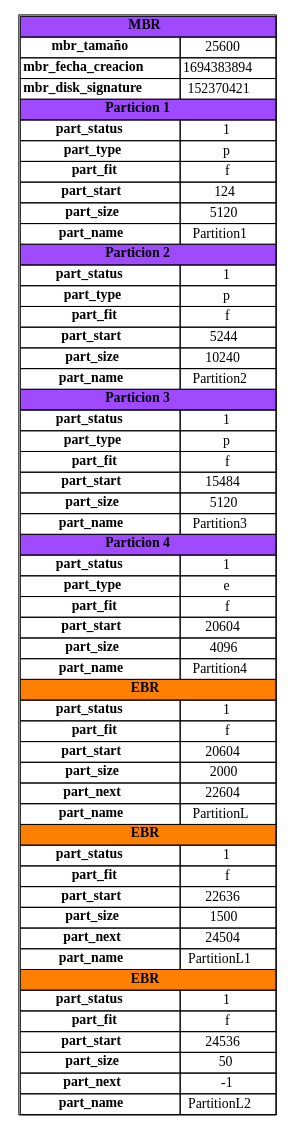
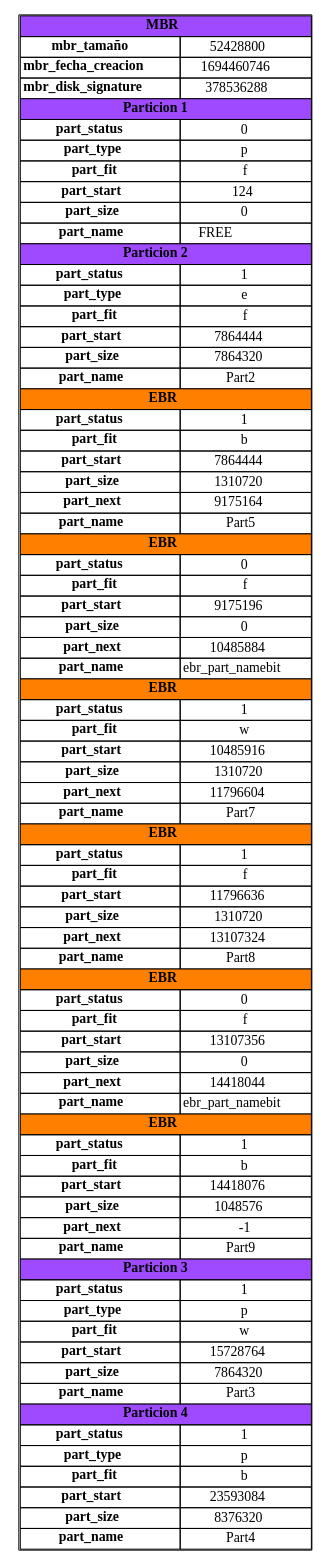
One commit to Noel1903/MIA_P12S2023_201900822 changed the diagram in reports/Disco1_mbr.dot. Above: the diagram before and after it, drawn with Graphviz. The commit also changed 35 other files, not shown here.

```diff
--- a/reports/Disco1_mbr.dot
+++ b/reports/Disco1_mbr.dot
@@ -1,60 +1,81 @@
 digraph G{
 node[shape=plaintext]
 graph[label=<
 <table border='1' cellborder='1' cellspacing='0'>
 <tr><td colspan='2' bgcolor='#9F4AFF'><b>MBR</b></td></tr>
-<tr><td><b>mbr_tamaño</b></td><td>25600</td></tr>
-<tr><td><b>mbr_fecha_creacion</b></td><td>1694383894</td></tr>
-<tr><td><b>mbr_disk_signature</b></td><td>152370421</td></tr>
+<tr><td><b>mbr_tamaño</b></td><td>52428800</td></tr>
+<tr><td><b>mbr_fecha_creacion</b></td><td>1694460746</td></tr>
+<tr><td><b>mbr_disk_signature</b></td><td>378536288</td></tr>
 <tr><td colspan='2' bgcolor='#9F4AFF'><b>Particion 1</b></td></tr>
-<tr><td><b>part_status</b></td><td>1</td></tr>
+<tr><td><b>part_status</b></td><td>0</td></tr>
 <tr><td><b>part_type</b></td><td>p</td></tr>
 <tr><td><b>part_fit</b></td><td>f</td></tr>
 <tr><td><b>part_start</b></td><td>124</td></tr>
-<tr><td><b>part_size</b></td><td>5120</td></tr>
-<tr><td><b>part_name</b></td><td>Partition1</td></tr>
+<tr><td><b>part_size</b></td><td>0</td></tr>
+<tr><td><b>part_name</b></td><td>FREE            </td></tr>
 <tr><td colspan='2' bgcolor='#9F4AFF'><b>Particion 2</b></td></tr>
 <tr><td><b>part_status</b></td><td>1</td></tr>
-<tr><td><b>part_type</b></td><td>p</td></tr>
+<tr><td><b>part_type</b></td><td>e</td></tr>
 <tr><td><b>part_fit</b></td><td>f</td></tr>
-<tr><td><b>part_start</b></td><td>5244</td></tr>
-<tr><td><b>part_size</b></td><td>10240</td></tr>
-<tr><td><b>part_name</b></td><td>Partition2</td></tr>
+<tr><td><b>part_start</b></td><td>7864444</td></tr>
+<tr><td><b>part_size</b></td><td>7864320</td></tr>
+<tr><td><b>part_name</b></td><td>Part2</td></tr>
+<tr><td colspan='2' bgcolor='#FF8000'><b>EBR</b></td></tr>
+<tr><td><b>part_status</b></td><td>1</td></tr>
+<tr><td><b>part_fit</b></td><td>b</td></tr>
+<tr><td><b>part_start</b></td><td>7864444</td></tr>
+<tr><td><b>part_size</b></td><td>1310720</td></tr>
+<tr><td><b>part_next</b></td><td>9175164</td></tr>
+<tr><td><b>part_name</b></td><td>Part5</td></tr>
+<tr><td colspan='2' bgcolor='#FF8000'><b>EBR</b></td></tr>
+<tr><td><b>part_status</b></td><td>0</td></tr>
+<tr><td><b>part_fit</b></td><td>f</td></tr>
+<tr><td><b>part_start</b></td><td>9175196</td></tr>
+<tr><td><b>part_size</b></td><td>0</td></tr>
+<tr><td><b>part_next</b></td><td>10485884</td></tr>
+<tr><td><b>part_name</b></td><td>ebr_part_namebit</td></tr>
+<tr><td colspan='2' bgcolor='#FF8000'><b>EBR</b></td></tr>
+<tr><td><b>part_status</b></td><td>1</td></tr>
+<tr><td><b>part_fit</b></td><td>w</td></tr>
+<tr><td><b>part_start</b></td><td>10485916</td></tr>
+<tr><td><b>part_size</b></td><td>1310720</td></tr>
+<tr><td><b>part_next</b></td><td>11796604</td></tr>
+<tr><td><b>part_name</b></td><td>Part7</td></tr>
+<tr><td colspan='2' bgcolor='#FF8000'><b>EBR</b></td></tr>
+<tr><td><b>part_status</b></td><td>1</td></tr>
+<tr><td><b>part_fit</b></td><td>f</td></tr>
+<tr><td><b>part_start</b></td><td>11796636</td></tr>
+<tr><td><b>part_size</b></td><td>1310720</td></tr>
+<tr><td><b>part_next</b></td><td>13107324</td></tr>
+<tr><td><b>part_name</b></td><td>Part8</td></tr>
+<tr><td colspan='2' bgcolor='#FF8000'><b>EBR</b></td></tr>
+<tr><td><b>part_status</b></td><td>0</td></tr>
+<tr><td><b>part_fit</b></td><td>f</td></tr>
+<tr><td><b>part_start</b></td><td>13107356</td></tr>
+<tr><td><b>part_size</b></td><td>0</td></tr>
+<tr><td><b>part_next</b></td><td>14418044</td></tr>
+<tr><td><b>part_name</b></td><td>ebr_part_namebit</td></tr>
+<tr><td colspan='2' bgcolor='#FF8000'><b>EBR</b></td></tr>
+<tr><td><b>part_status</b></td><td>1</td></tr>
+<tr><td><b>part_fit</b></td><td>b</td></tr>
+<tr><td><b>part_start</b></td><td>14418076</td></tr>
+<tr><td><b>part_size</b></td><td>1048576</td></tr>
+<tr><td><b>part_next</b></td><td>-1</td></tr>
+<tr><td><b>part_name</b></td><td>Part9</td></tr>
 <tr><td colspan='2' bgcolor='#9F4AFF'><b>Particion 3</b></td></tr>
 <tr><td><b>part_status</b></td><td>1</td></tr>
 <tr><td><b>part_type</b></td><td>p</td></tr>
-<tr><td><b>part_fit</b></td><td>f</td></tr>
-<tr><td><b>part_start</b></td><td>15484</td></tr>
-<tr><td><b>part_size</b></td><td>5120</td></tr>
-<tr><td><b>part_name</b></td><td>Partition3</td></tr>
+<tr><td><b>part_fit</b></td><td>w</td></tr>
+<tr><td><b>part_start</b></td><td>15728764</td></tr>
+<tr><td><b>part_size</b></td><td>7864320</td></tr>
+<tr><td><b>part_name</b></td><td>Part3</td></tr>
 <tr><td colspan='2' bgcolor='#9F4AFF'><b>Particion 4</b></td></tr>
 <tr><td><b>part_status</b></td><td>1</td></tr>
-<tr><td><b>part_type</b></td><td>e</td></tr>
-<tr><td><b>part_fit</b></td><td>f</td></tr>
-<tr><td><b>part_start</b></td><td>20604</td></tr>
-<tr><td><b>part_size</b></td><td>4096</td></tr>
-<tr><td><b>part_name</b></td><td>Partition4</td></tr>
-<tr><td colspan='2' bgcolor='#FF8000'><b>EBR</b></td></tr>
-<tr><td><b>part_status</b></td><td>1</td></tr>
-<tr><td><b>part_fit</b></td><td>f</td></tr>
-<tr><td><b>part_start</b></td><td>20604</td></tr>
-<tr><td><b>part_size</b></td><td>2000</td></tr>
-<tr><td><b>part_next</b></td><td>22604</td></tr>
-<tr><td><b>part_name</b></td><td>PartitionL</td></tr>
-<tr><td colspan='2' bgcolor='#FF8000'><b>EBR</b></td></tr>
-<tr><td><b>part_status</b></td><td>1</td></tr>
-<tr><td><b>part_fit</b></td><td>f</td></tr>
-<tr><td><b>part_start</b></td><td>22636</td></tr>
-<tr><td><b>part_size</b></td><td>1500</td></tr>
-<tr><td><b>part_next</b></td><td>24504</td></tr>
-<tr><td><b>part_name</b></td><td>PartitionL1</td></tr>
-<tr><td colspan='2' bgcolor='#FF8000'><b>EBR</b></td></tr>
-<tr><td><b>part_status</b></td><td>1</td></tr>
-<tr><td><b>part_fit</b></td><td>f</td></tr>
-<tr><td><b>part_start</b></td><td>24536</td></tr>
-<tr><td><b>part_size</b></td><td>50</td></tr>
-<tr><td><b>part_next</b></td><td>-1</td></tr>
-<tr><td><b>part_name</b></td><td>PartitionL2</td></tr>
+<tr><td><b>part_type</b></td><td>p</td></tr>
+<tr><td><b>part_fit</b></td><td>b</td></tr>
+<tr><td><b>part_start</b></td><td>23593084</td></tr>
+<tr><td><b>part_size</b></td><td>8376320</td></tr>
+<tr><td><b>part_name</b></td><td>Part4</td></tr>
 </table>
 >];
 }
```
